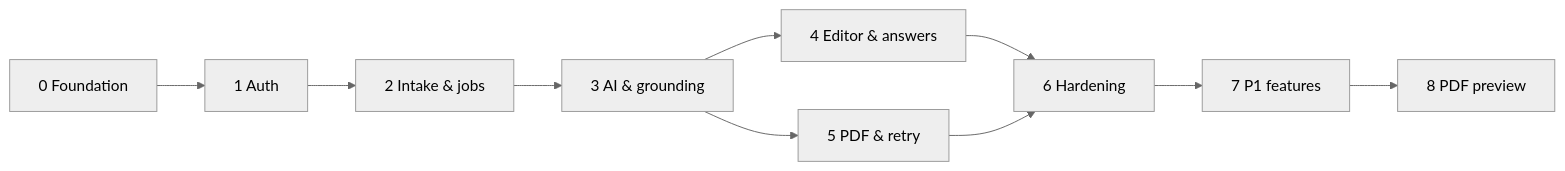
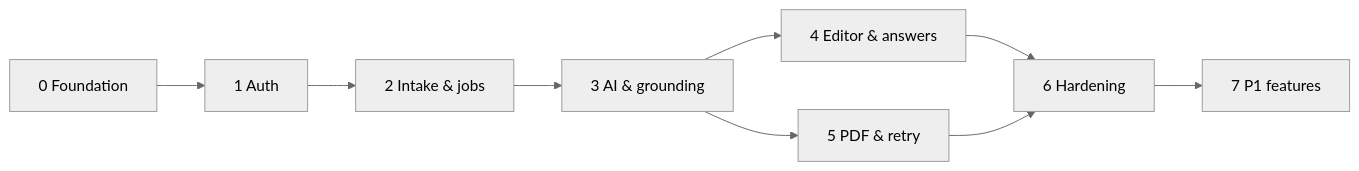
The diagram in docs/plans/README.md (VjacheslavZ/ai_cv_builder), drawn with Mermaid (neutral theme) before and after one commit. The commit also changed other lines of this file and 19 other files, not shown here.

Commit message:
revert: drop the live PDF preview (phase 8)

````diff
--- a/docs/plans/README.md
+++ b/docs/plans/README.md
@@ -19,12 +18,11 @@
 ```mermaid
 flowchart LR
   P0[0 Foundation] --> P1[1 Auth]
   P1 --> P2[2 Intake & jobs]
   P2 --> P3[3 AI & grounding]
   P3 --> P4[4 Editor & answers]
   P3 --> P5[5 PDF & retry]
   P4 --> P6[6 Hardening]
   P5 --> P6
   P6 --> P7[7 P1 features]
-  P7 --> P8[8 PDF preview]
 ```
````
